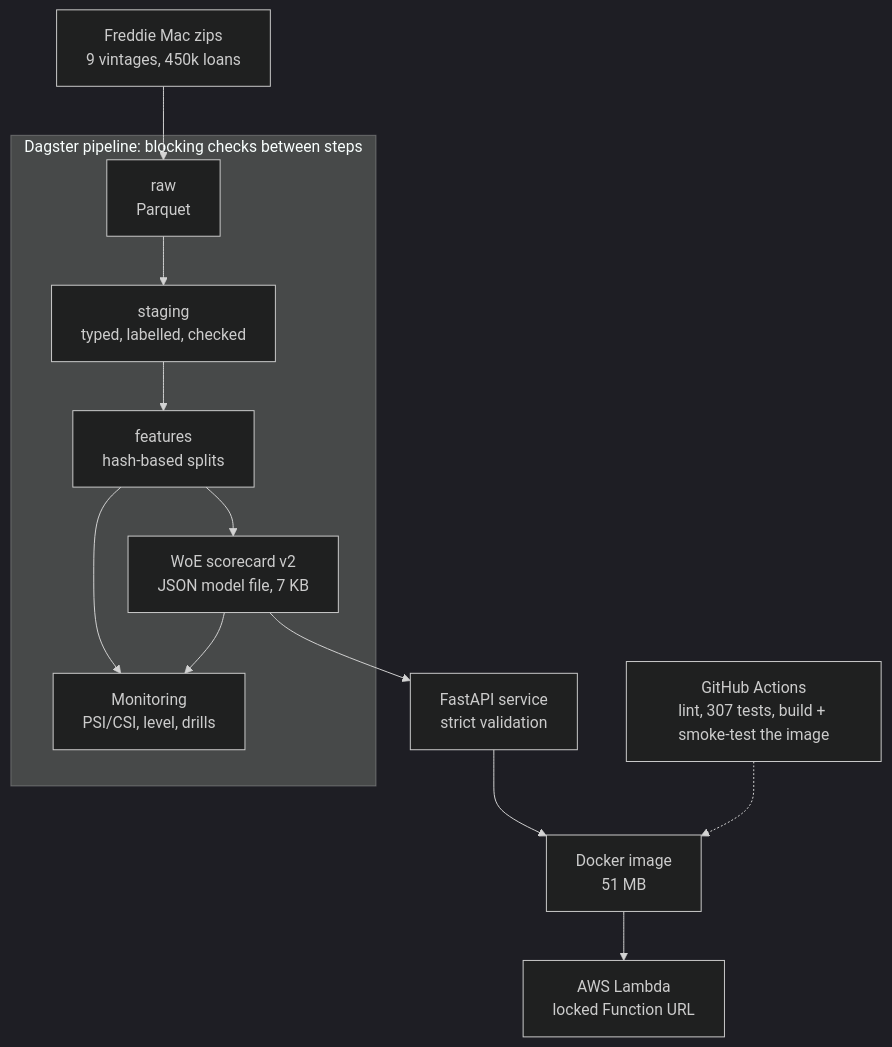
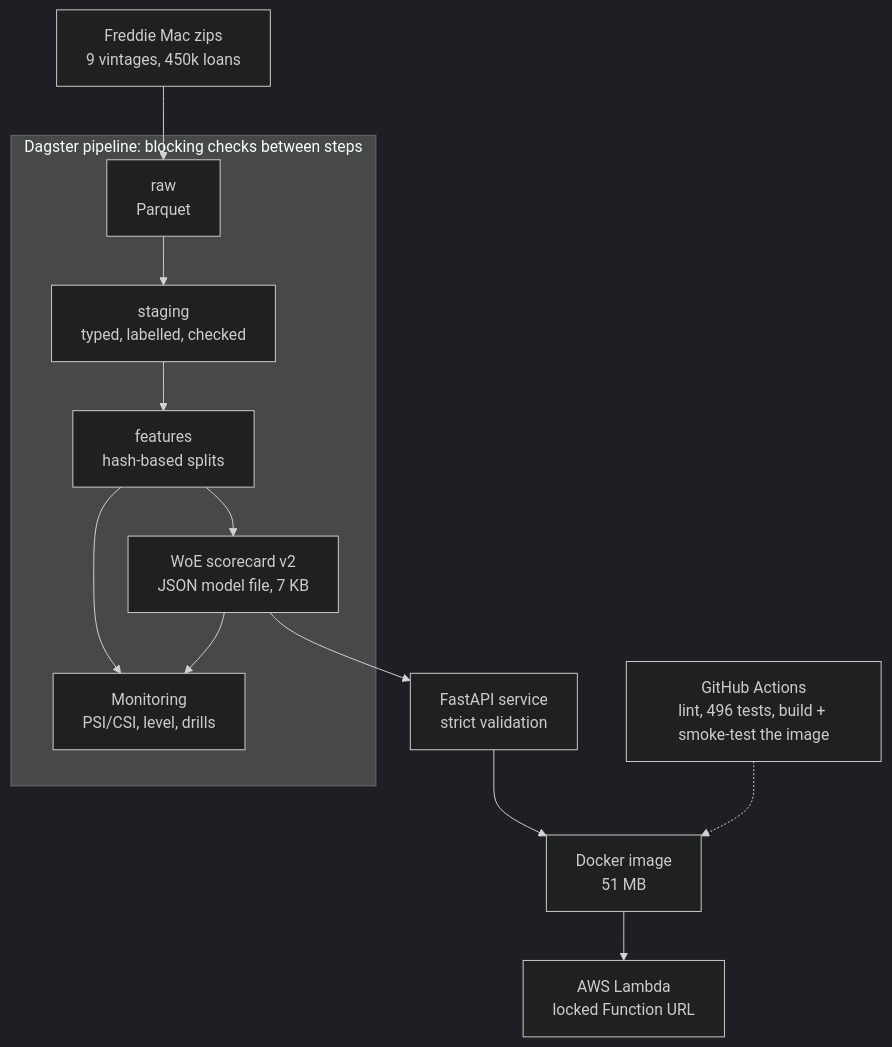
Before and after one commit to Aymannel04/credit-risk-platform: the diagram in README.md, drawn with Mermaid (dark theme). The commit also changed other lines of this file and 10 other files, not shown here.

````diff
--- a/README.md
+++ b/README.md
@@ -31,20 +32,20 @@
 ```mermaid
 flowchart TB
     Z["Freddie Mac zips<br/>9 vintages, 450k loans"] --> R["raw<br/>Parquet"]
     R --> S["staging<br/>typed, labelled, checked"]
     S --> F["features<br/>hash-based splits"]
     F --> M["WoE scorecard v2<br/>JSON model file, 7 KB"]
     M --> API["FastAPI service<br/>strict validation"]
     API --> IMG["Docker image<br/>51 MB"]
     IMG --> L["AWS Lambda<br/>locked Function URL"]
     F --> MON["Monitoring<br/>PSI/CSI, level, drills"]
     M --> MON
     subgraph D["Dagster pipeline: blocking checks between steps"]
       R
       S
       F
       M
       MON
     end
-    CI["GitHub Actions<br/>lint, 307 tests, build + smoke-test the image"] -.-> IMG
+    CI["GitHub Actions<br/>lint, 496 tests, build + smoke-test the image"] -.-> IMG
 ```
````
